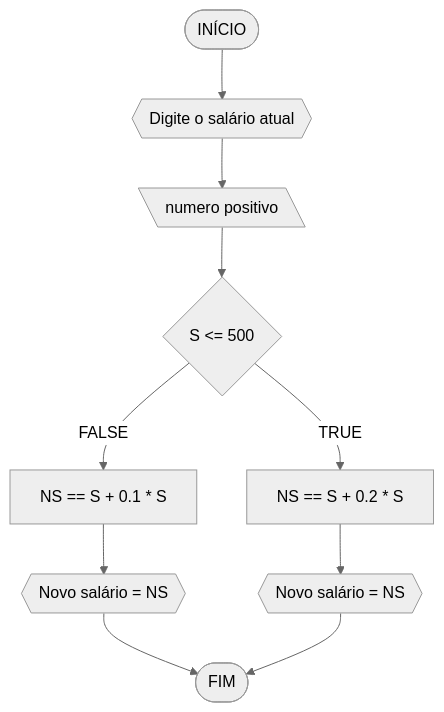
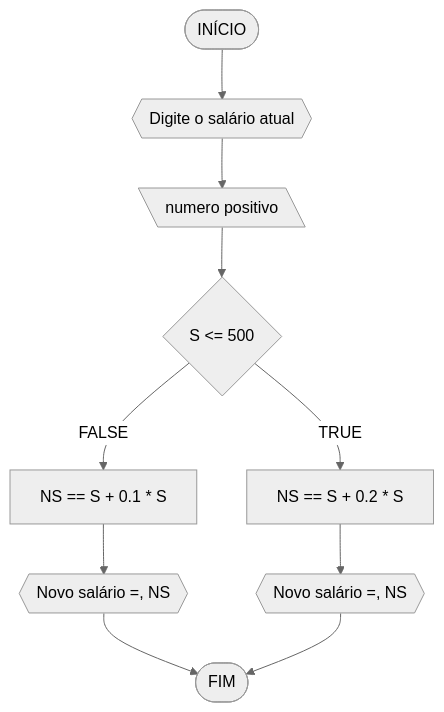
Before and after one commit to LucasCarreiro7/UNIFOR: the second of 4 diagrams in RLA/AF1/lista01.md, drawn with Mermaid (neutral theme). The commit also changed other lines of this file, not shown here.

````diff
--- a/RLA/AF1/lista01.md
+++ b/RLA/AF1/lista01.md
@@ -71,12 +71,12 @@
 ```mermaid
 flowchart TD
 A([INÍCIO]) --> B{{Digite o salário atual}}
 B --> C[\numero positivo\]
 C --> D{S <= 500}
 D --FALSE--> E[NS == S + 0.1 * S]
 D --TRUE--> F[NS == S + 0.2 * S]
-E --> G{{Novo salário = NS}}
+E --> G{{Novo salário =, NS}}
 G --> Z([FIM])
-F --> H{{Novo salário = NS}}
+F --> H{{Novo salário =, NS}}
 H --> Z
 ```
````
